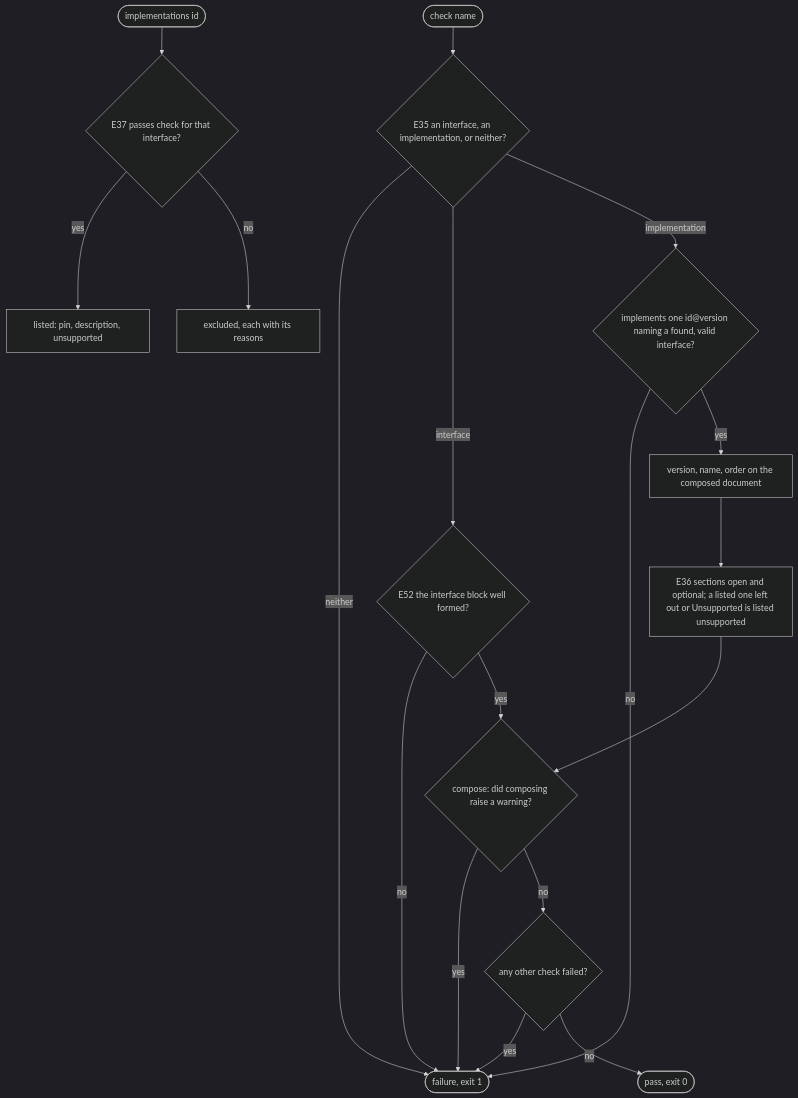
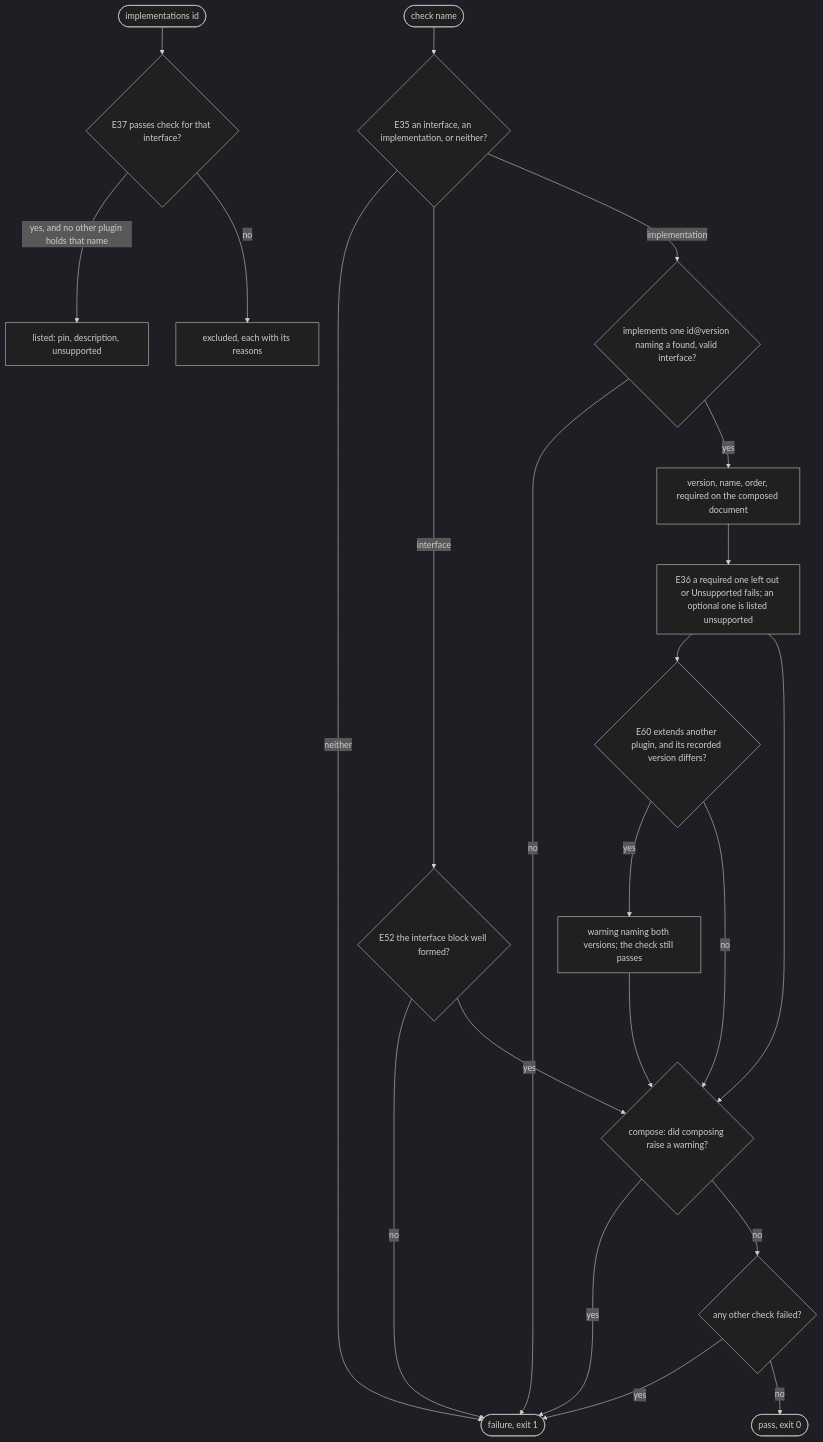
Before and after one commit to cyber-uni/cyber-agentkit: the diagram in packages/cyber-agentkit/.agents/spec/reference/interfaces/graph.md, drawn with Mermaid (dark theme). The commit also changed other lines of this file and 1 other file, not shown here.

Commit message:
docs: enforce required interface sections and report a moved base
An interface's sections each carry an optional `required` and `holds`;
`check` gains a `required` check, and `holds` only guides implementers.
`check` warns a plugin author whose extended base has a newer version,
without failing. Two plugins shipping the same key of a `many`
interface are excluded from `implementations` until a customizer picks
one.

````diff
--- a/packages/cyber-agentkit/.agents/spec/reference/interfaces/graph.md
+++ b/packages/cyber-agentkit/.agents/spec/reference/interfaces/graph.md
@@ -8,20 +8,24 @@
 ```mermaid
 flowchart TD
   k([check name]) --> kind{"E35 an interface, an implementation, or neither?"}
   kind -->|neither| kf([failure, exit 1])
   kind -->|interface| shape{"E52 the interface block well formed?"}
   shape -->|no| kf
   shape -->|yes| comp
   kind -->|implementation| found{"implements one id@version naming a found, valid interface?"}
   found -->|no| kf
-  found -->|yes| checks["version, name, order on the composed document"]
-  checks --> sections["E36 sections open and optional; a listed one left out or Unsupported is listed unsupported"]
+  found -->|yes| checks["version, name, order, required on the composed document"]
+  checks --> sections["E36 a required one left out or Unsupported fails; an optional one is listed unsupported"]
+  sections --> base{"E60 extends another plugin, and its recorded version differs?"}
+  base -->|yes| bw["warning naming both versions; the check still passes"]
+  base -->|no| comp
+  bw --> comp
   sections --> comp{"compose: did composing raise a warning?"}
   comp -->|yes| kf
   comp -->|no| ok{any other check failed?}
   ok -->|yes| kf
   ok -->|no| kp([pass, exit 0])
   i([implementations id]) --> pass{"E37 passes check for that interface?"}
-  pass -->|yes| listed["listed: pin, description, unsupported"]
+  pass -->|"yes, and no other plugin holds that name"| listed["listed: pin, description, unsupported"]
   pass -->|no| excl[excluded, each with its reasons]
 ```
````
